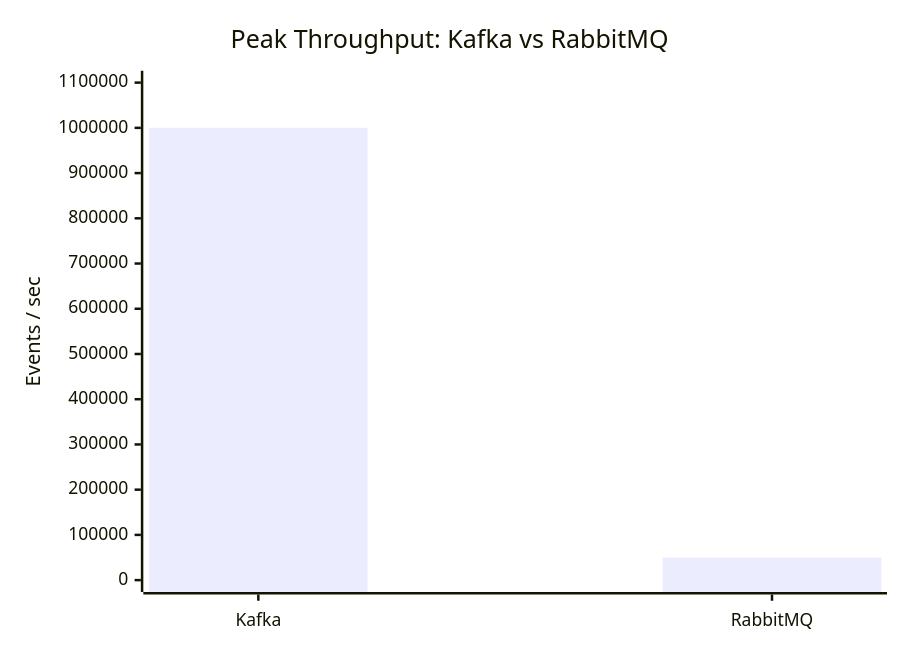
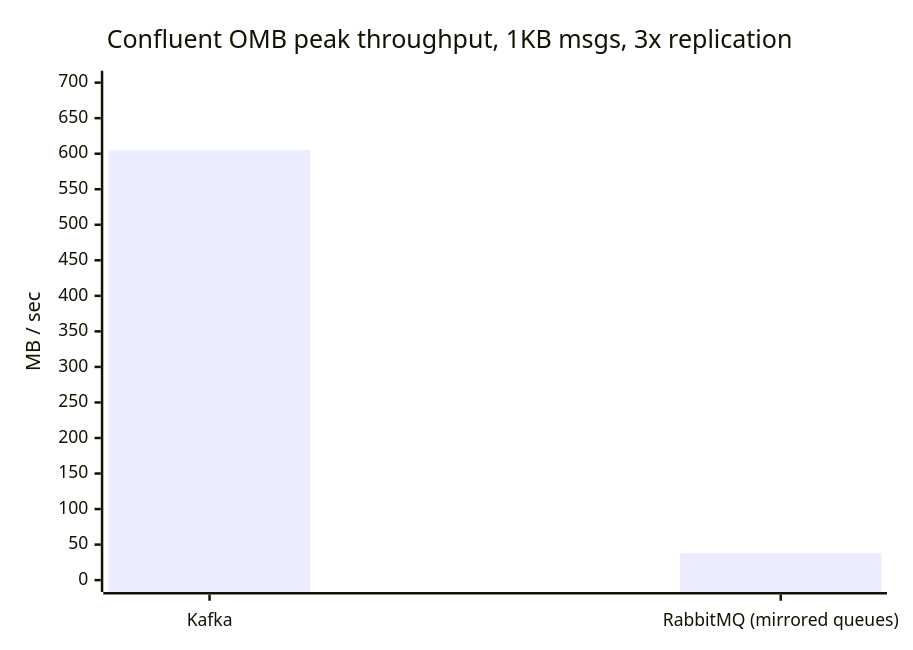
One commit to rppol/system-design changed the sixth of 6 diagrams in src/main/java/com/rutik/systemdesign/backend/case_studies/design_event_driven_order_system/README.md. Above: the diagram before and after it, drawn with Mermaid. The commit also changed other lines of this file and 13 other files, not shown here.

````diff
--- a/src/main/java/com/rutik/systemdesign/backend/case_studies/design_event_driven_order_system/README.md
+++ b/src/main/java/com/rutik/systemdesign/backend/case_studies/design_event_driven_order_system/README.md
@@ -404,7 +410,7 @@
 ```mermaid
 xychart-beta
-    title "Peak Throughput: Kafka vs RabbitMQ"
-    x-axis ["Kafka", "RabbitMQ"]
-    y-axis "Events / sec" 0 --> 1100000
-    bar [1000000, 50000]
+    title "Confluent OMB peak throughput, 1KB msgs, 3x replication"
+    x-axis ["Kafka", "RabbitMQ (mirrored queues)"]
+    y-axis "MB / sec" 0 --> 700
+    bar [605, 38]
 ```
````
